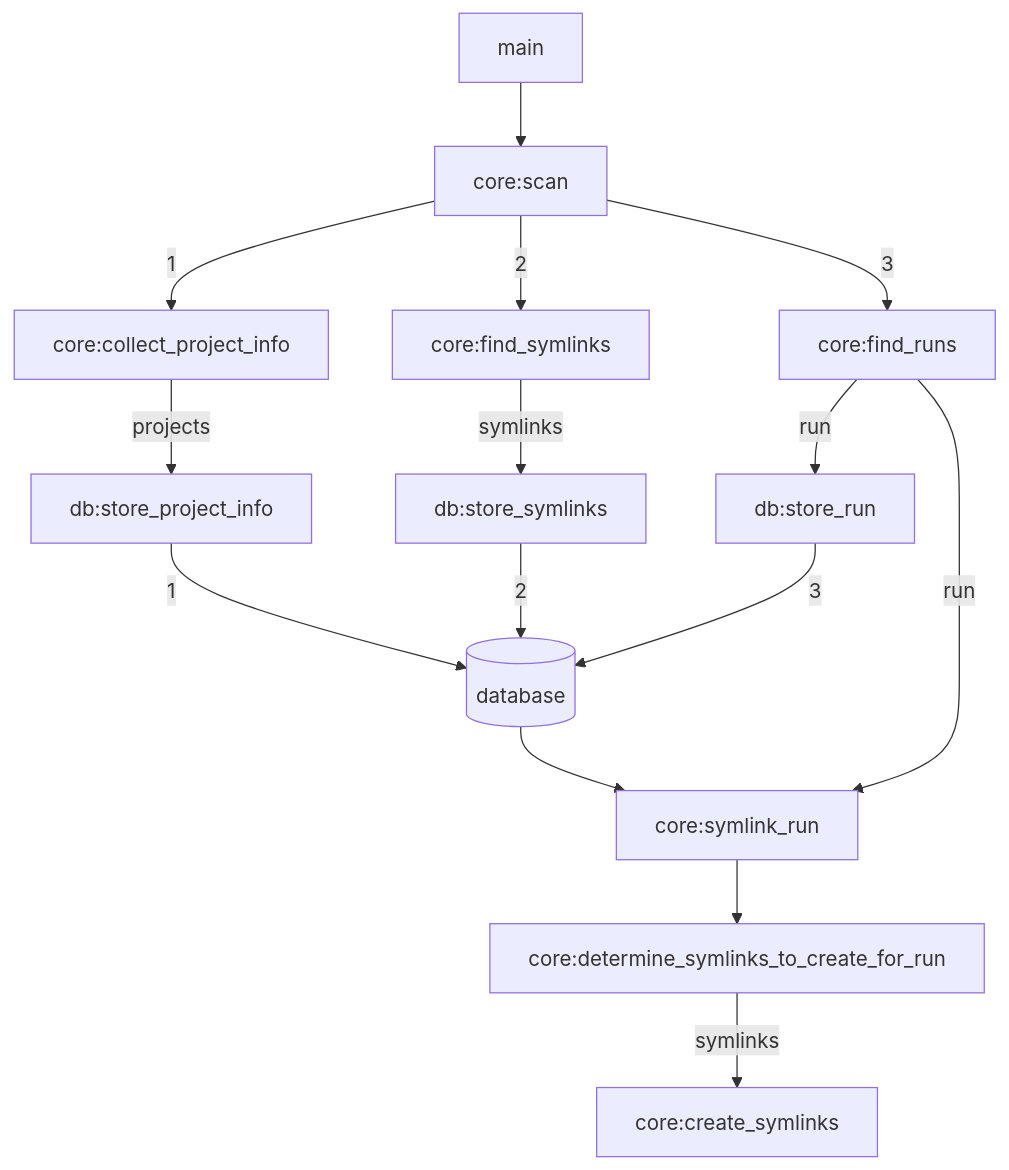
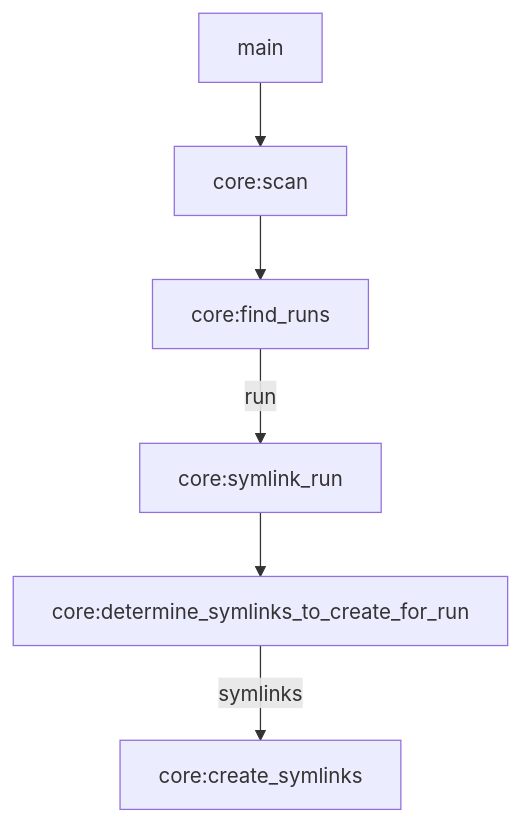
One commit to BCCDC-PHL/auto-fastq-symlink changed the diagram in README.md. Above: the diagram before and after it, drawn with Mermaid. The commit also changed other lines of this file and 30 other files, not shown here.

````diff
--- a/README.md
+++ b/README.md
@@ -130,24 +165,8 @@
 ```mermaid
 flowchart TD
-    db[(database)]
-
     main --> core:scan
-    
-    core:scan -- 1 --> core:collect_project_info
-    core:collect_project_info -- projects --> db:store_project_info
-    db:store_project_info -- 1 --> db
-
-    core:scan -- 2 --> core:find_symlinks
-    core:find_symlinks -- symlinks --> db:store_symlinks
-    db:store_symlinks -- 2 --> db
-
-    core:scan -- 3 --> core:find_runs
-    core:find_runs -- run --> db:store_run
-    db:store_run -- 3 --> db
-
+    core:scan --> core:find_runs
     core:find_runs -- run --> core:symlink_run
-
-    db --> core:symlink_run
     core:symlink_run --> core:determine_symlinks_to_create_for_run
     core:determine_symlinks_to_create_for_run -- symlinks --> core:create_symlinks
 ```
````
